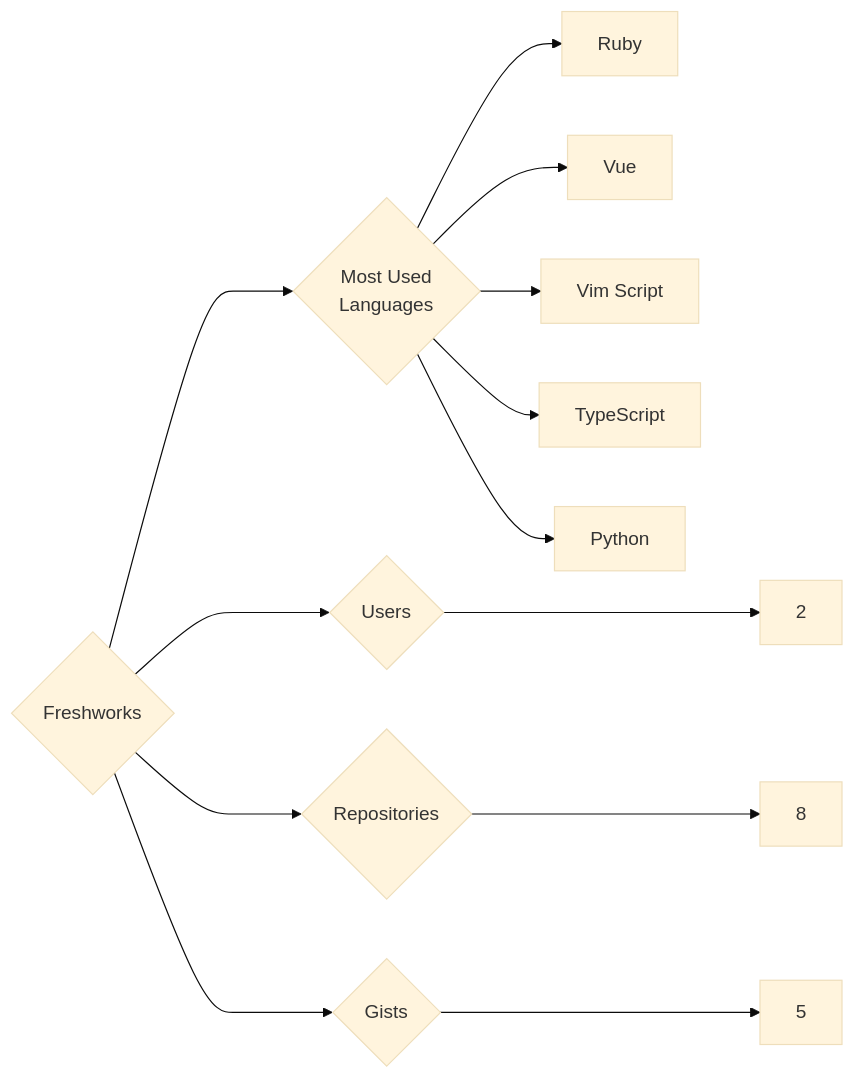
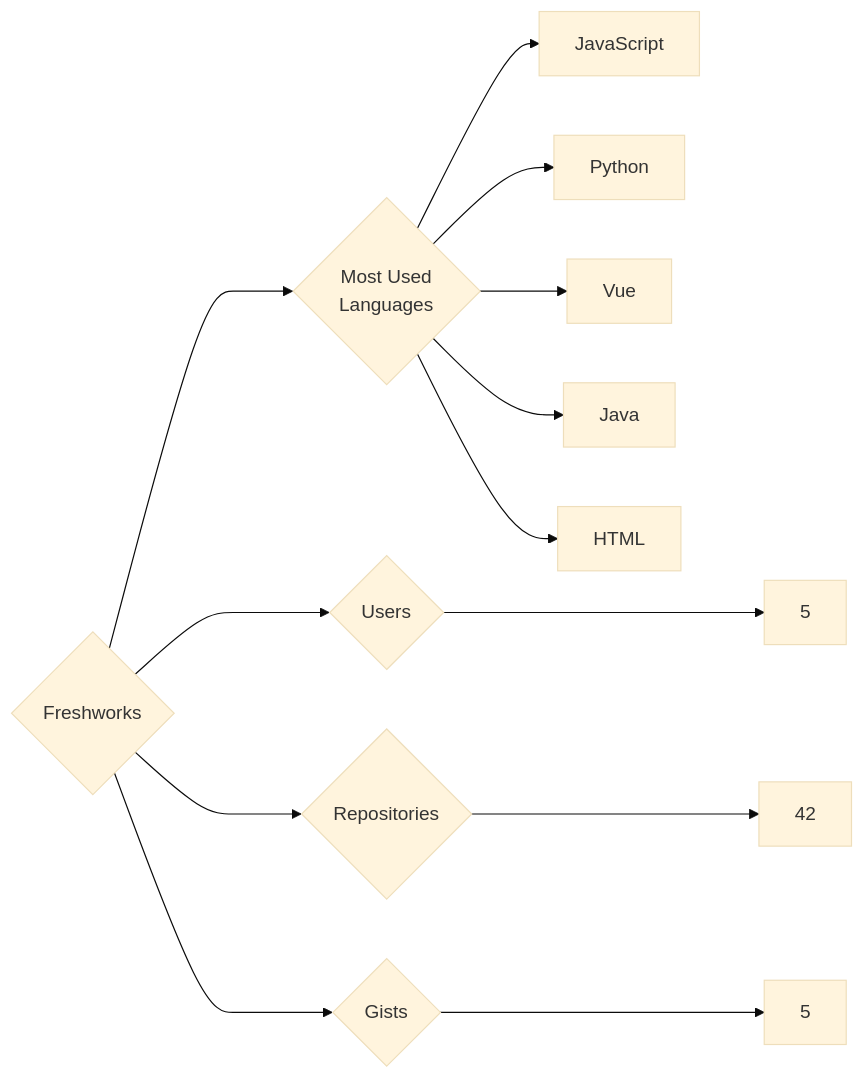
Before and after one commit to trickest/insiders: the diagram in targets/Freshworks/README.md, drawn with Mermaid (base theme). The commit also changed 1007 other files, not shown here.

````diff
--- a/targets/Freshworks/README.md
+++ b/targets/Freshworks/README.md
@@ -3,13 +3,13 @@
 ```mermaid
 graph LR
 COMPANY_NAME{Freshworks}
-COMPANY_NAME ---> U{Users} ---> UN[2]
-COMPANY_NAME ---> R{Repositories} ---> RN[8]
+COMPANY_NAME ---> U{Users} ---> UN[5]
+COMPANY_NAME ---> R{Repositories} ---> RN[42]
 COMPANY_NAME ---> G{Gists} ---> GN[5]
 COMPANY_NAME ---> ML{Most Used<br>Languages}
-ML --> Ruby[Ruby]
+ML --> JavaScript[JavaScript]
+ML --> Python[Python]
 ML --> Vue[Vue]
-ML --> Vim_Script[Vim Script]
-ML --> TypeScript[TypeScript]
-ML --> Python[Python]
+ML --> Java[Java]
+ML --> HTML[HTML]
 ```
````
